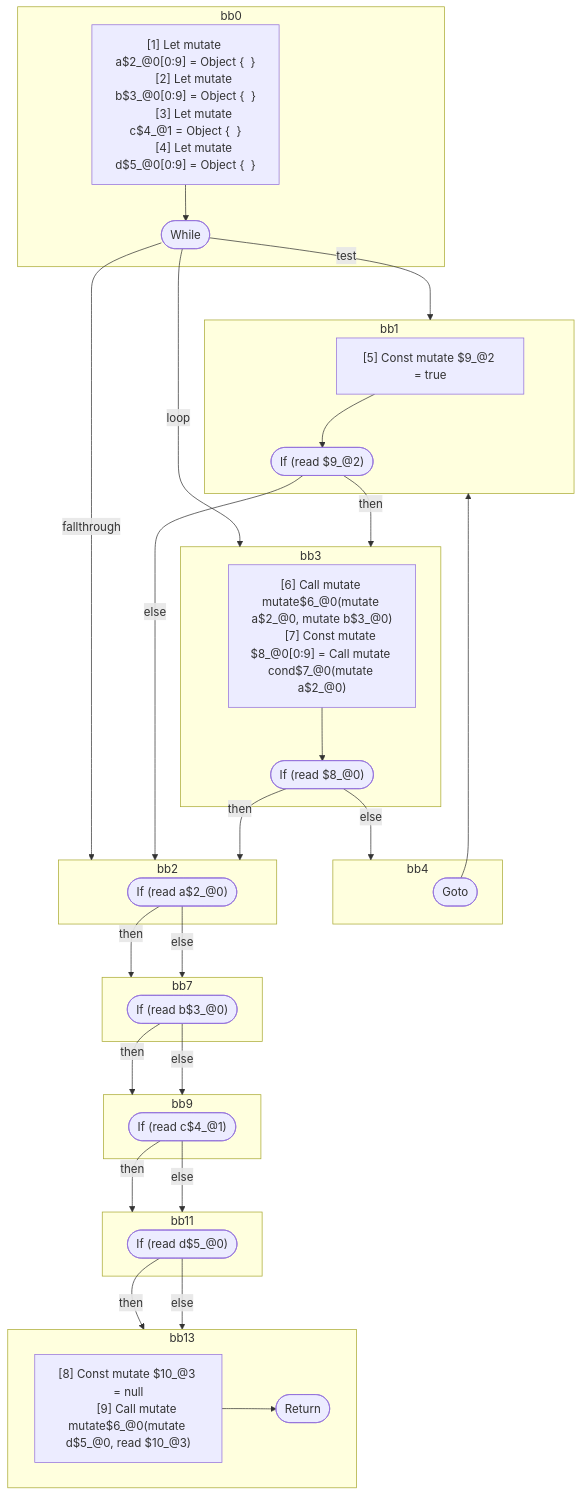
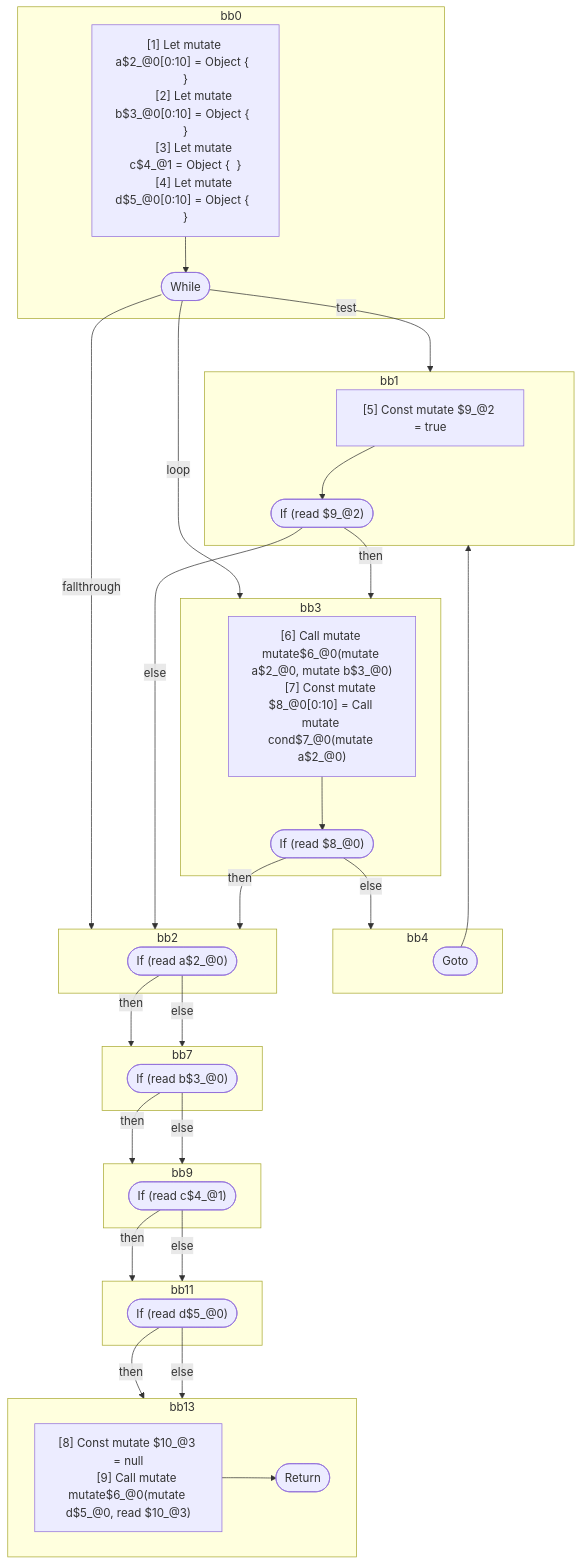
The third of 3 diagrams in compiler/forget/src/__tests__/fixtures/hir/mutable-liverange-loop.expect.md (wutsmog/private), drawn with Mermaid before and after one commit. The commit also changed other lines of this file and 45 other files, not shown here.

````diff
--- a/compiler/forget/src/__tests__/fixtures/hir/mutable-liverange-loop.expect.md
+++ b/compiler/forget/src/__tests__/fixtures/hir/mutable-liverange-loop.expect.md
@@ -135,67 +135,67 @@
 ```mermaid
 flowchart TB
   %% Basic Blocks
   subgraph bb0
     bb0_instrs["
-      [1] Let mutate a$2_@0[0:9] = Object {  }
-      [2] Let mutate b$3_@0[0:9] = Object {  }
+      [1] Let mutate a$2_@0[0:10] = Object {  }
+      [2] Let mutate b$3_@0[0:10] = Object {  }
       [3] Let mutate c$4_@1 = Object {  }
-      [4] Let mutate d$5_@0[0:9] = Object {  }
+      [4] Let mutate d$5_@0[0:10] = Object {  }
     "]
     bb0_instrs --> bb0_terminal(["While"])
   end
   subgraph bb1
     bb1_instrs["
       [5] Const mutate $9_@2 = true
     "]
     bb1_instrs --> bb1_terminal(["If (read $9_@2)"])
   end
   subgraph bb3
     bb3_instrs["
       [6] Call mutate mutate$6_@0(mutate a$2_@0, mutate b$3_@0)
-      [7] Const mutate $8_@0[0:9] = Call mutate cond$7_@0(mutate a$2_@0)
+      [7] Const mutate $8_@0[0:10] = Call mutate cond$7_@0(mutate a$2_@0)
     "]
     bb3_instrs --> bb3_terminal(["If (read $8_@0)"])
   end
   subgraph bb4
     bb4_terminal(["Goto"])
   end
   subgraph bb2
     bb2_terminal(["If (read a$2_@0)"])
   end
   subgraph bb7
     bb7_terminal(["If (read b$3_@0)"])
   end
   subgraph bb9
     bb9_terminal(["If (read c$4_@1)"])
   end
   subgraph bb11
     bb11_terminal(["If (read d$5_@0)"])
   end
   subgraph bb13
     bb13_instrs["
       [8] Const mutate $10_@3 = null
       [9] Call mutate mutate$6_@0(mutate d$5_@0, read $10_@3)
     "]
     bb13_instrs --> bb13_terminal(["Return"])
   end
 
   %% Jumps
   bb0_terminal -- "test" --> bb1
   bb0_terminal -- "loop" --> bb3
   bb0_terminal -- "fallthrough" --> bb2
   bb1_terminal -- "then" --> bb3
   bb1_terminal -- "else" --> bb2
   bb3_terminal -- "then" --> bb2
   bb3_terminal -- "else" --> bb4
   bb4_terminal --> bb1
   bb2_terminal -- "then" --> bb7
   bb2_terminal -- "else" --> bb7
   bb7_terminal -- "then" --> bb9
   bb7_terminal -- "else" --> bb9
   bb9_terminal -- "then" --> bb11
   bb9_terminal -- "else" --> bb11
   bb11_terminal -- "then" --> bb13
   bb11_terminal -- "else" --> bb13
 
 ```
````
